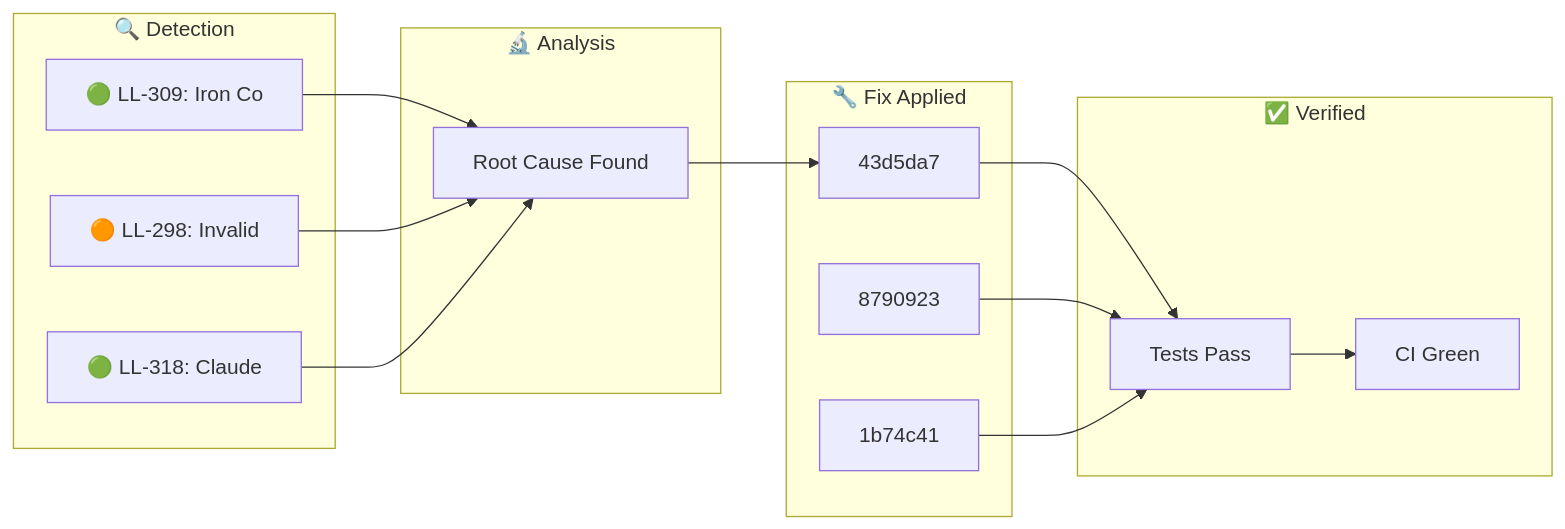
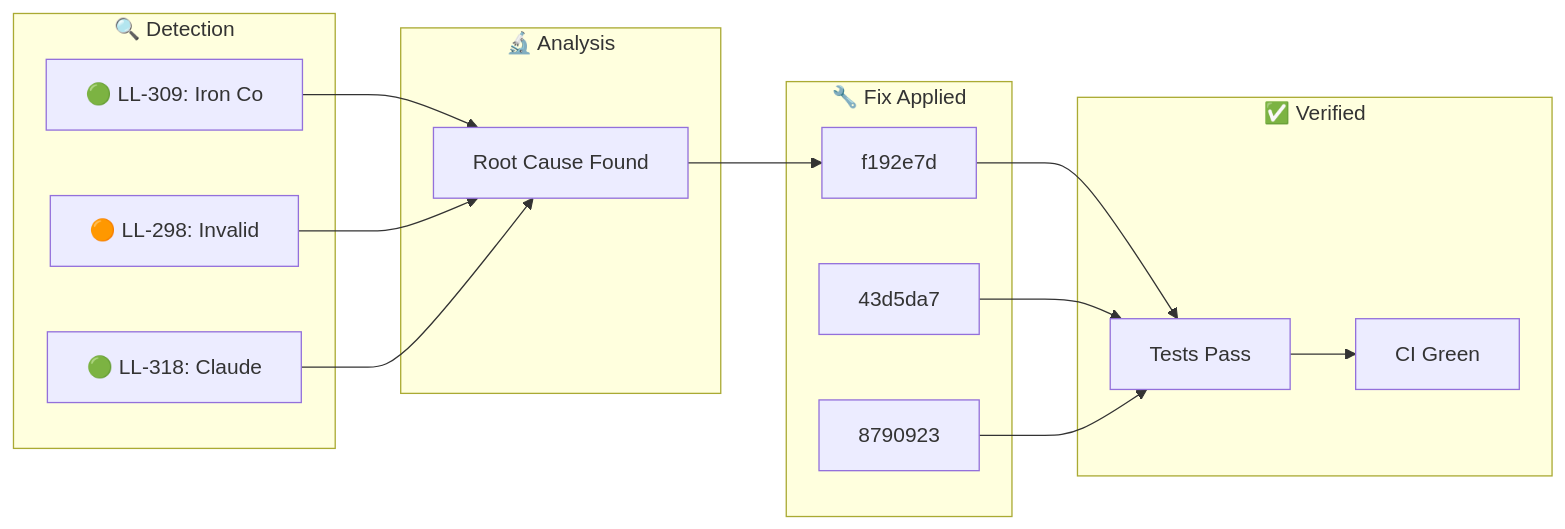
Before and after one commit to YoByron/trading: the diagram in docs/_posts/2026-01-29-ralph-discovery.md, drawn with Mermaid. The commit also changed other lines of this file, not shown here.

Commit message:
docs(ralph): Auto-publish discovery blog post

````diff
--- a/docs/_posts/2026-01-29-ralph-discovery.md
+++ b/docs/_posts/2026-01-29-ralph-discovery.md
@@ -17,28 +17,28 @@
 ```mermaid
 flowchart LR
     subgraph Detection["🔍 Detection"]
         D1["🟢 LL-309: Iron Co"]
         D2["🟠 LL-298: Invalid"]
         D3["🟢 LL-318: Claude "]
     end
     subgraph Analysis["🔬 Analysis"]
         A1["Root Cause Found"]
     end
     subgraph Fix["🔧 Fix Applied"]
-        F1["43d5da7"]
-        F2["8790923"]
-        F3["1b74c41"]
+        F1["f192e7d"]
+        F2["43d5da7"]
+        F3["8790923"]
     end
     subgraph Verify["✅ Verified"]
         V1["Tests Pass"]
         V2["CI Green"]
     end
     D1 --> A1
     D2 --> A1
     D3 --> A1
     A1 --> F1
     F1 --> V1
     F2 --> V1
     F3 --> V1
     V1 --> V2
 ```
````
